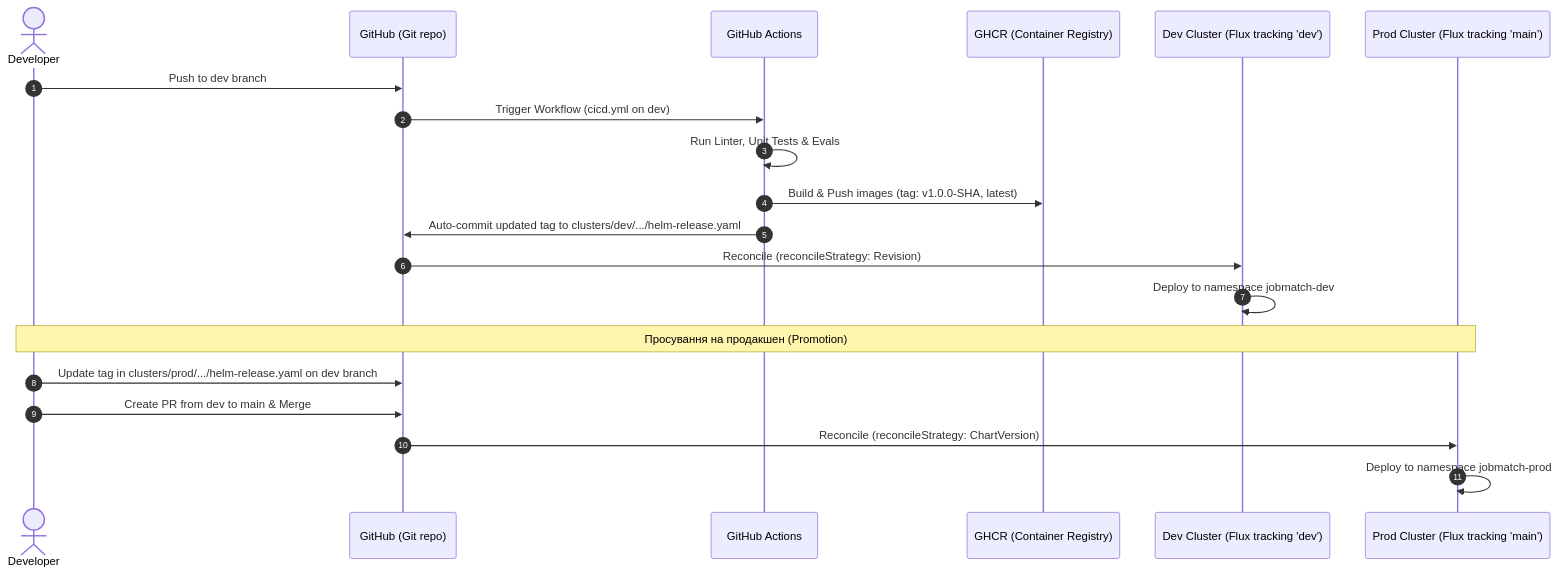
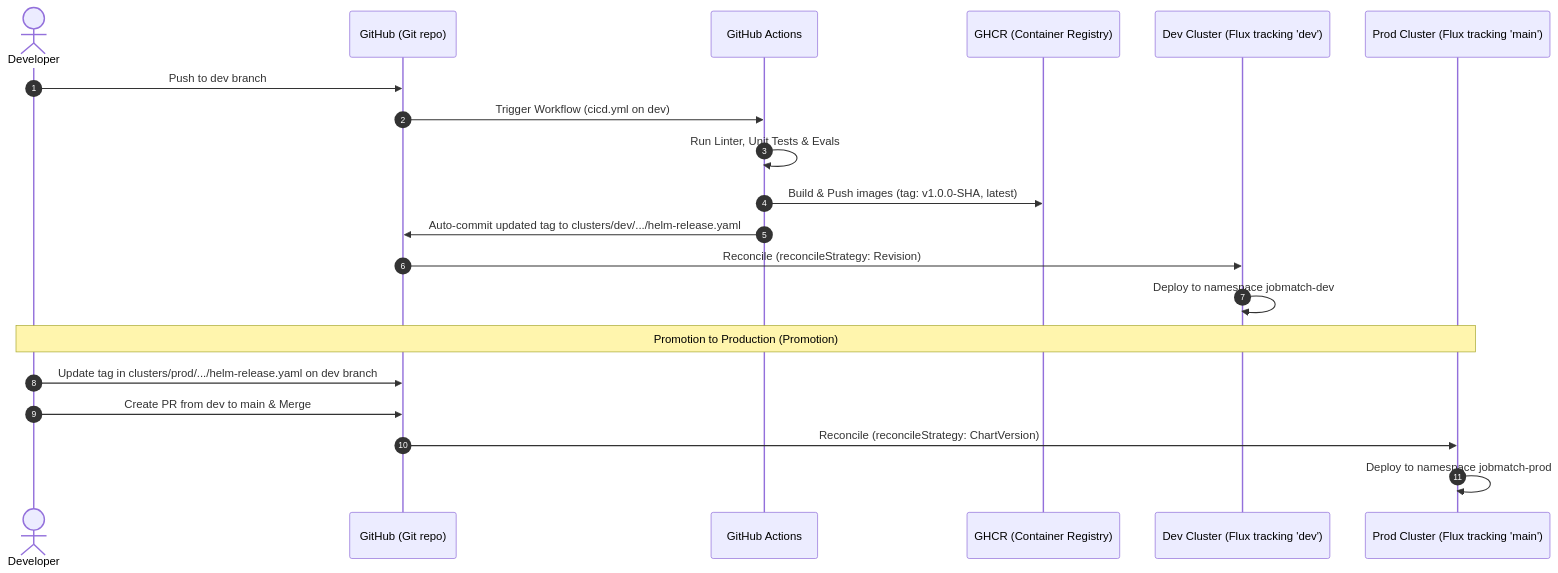
One commit to mkdir28/hackathon-devops changed the third of 7 diagrams in doc/HLD.md. Above: the diagram before and after it, drawn with Mermaid. The commit also changed other lines of this file and 25 other files, not shown here.

````diff
--- a/doc/HLD.md
+++ b/doc/HLD.md
@@ -77,24 +77,24 @@
 ```mermaid
 sequenceDiagram
     autonumber
     actor Dev as Developer
     participant Git as GitHub (Git repo)
     participant CI as GitHub Actions
     participant Registry as GHCR (Container Registry)
     participant DevCluster as Dev Cluster (Flux tracking 'dev')
     participant ProdCluster as Prod Cluster (Flux tracking 'main')
 
     Dev->>Git: Push to dev branch
     Git->>CI: Trigger Workflow (cicd.yml on dev)
     CI->>CI: Run Linter, Unit Tests & Evals
     CI->>Registry: Build & Push images (tag: v1.0.0-SHA, latest)
     CI->>Git: Auto-commit updated tag to clusters/dev/.../helm-release.yaml
     Git->>DevCluster: Reconcile (reconcileStrategy: Revision)
     DevCluster->>DevCluster: Deploy to namespace jobmatch-dev
 
-    Note over Dev, ProdCluster: Просування на продакшен (Promotion)
+    Note over Dev, ProdCluster: Promotion to Production (Promotion)
     Dev->>Git: Update tag in clusters/prod/.../helm-release.yaml on dev branch
     Dev->>Git: Create PR from dev to main & Merge
     Git->>ProdCluster: Reconcile (reconcileStrategy: ChartVersion)
     ProdCluster->>ProdCluster: Deploy to namespace jobmatch-prod
 ```
````
